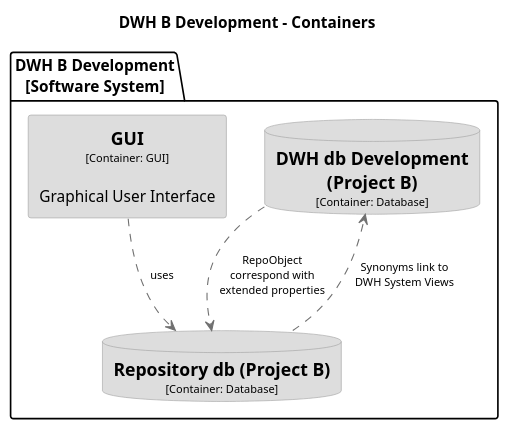
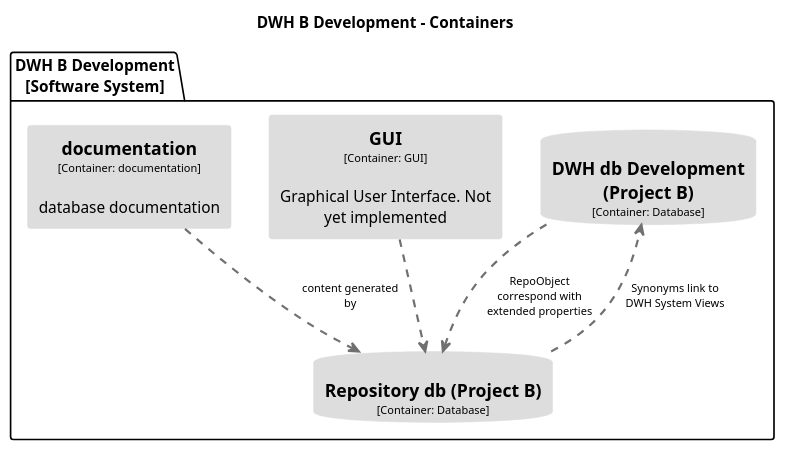
The diagram in docs/modules/arc/partials/c4_dsl/puml/structurizr-DWHBDevelopment-Container.puml (DataHandwerk/dhw-antora-docs), drawn with PlantUML before and after one commit. The commit also changed 2689 other files, not shown here.

```diff
--- a/docs/modules/arc/partials/c4_dsl/puml/structurizr-DWHBDevelopment-Container.puml
+++ b/docs/modules/arc/partials/c4_dsl/puml/structurizr-DWHBDevelopment-Container.puml
@@ -1,36 +1,43 @@
 @startuml(id=DWHBDevelopment-Container)
 title DWH B Development - Containers
 
 skinparam {
   shadowing false
   arrowFontSize 10
   defaultTextAlignment center
   wrapWidth 200
   maxMessageSize 100
 }
 hide stereotype
 top to bottom direction
 skinparam rectangle<<22>> {
   BackgroundColor #dddddd
   FontColor #000000
-  BorderColor #9A9A9A
+  BorderColor #dddddd
+}
+skinparam rectangle<<25>> {
+  BackgroundColor #dddddd
+  FontColor #000000
+  BorderColor #dddddd
 }
 skinparam database<<5>> {
   BackgroundColor #dddddd
   FontColor #000000
-  BorderColor #9A9A9A
+  BorderColor #dddddd
 }
 skinparam database<<18>> {
   BackgroundColor #dddddd
   FontColor #000000
-  BorderColor #9A9A9A
+  BorderColor #dddddd
 }
 package "DWH B Development\n[Software System]" {
   database "==DWH db Development (Project B)\n<size:10>[Container: Database]</size>" <<18>> as 18
-  rectangle "==GUI\n<size:10>[Container: GUI]</size>\n\nGraphical User Interface" <<22>> as 22
+  rectangle "==GUI\n<size:10>[Container: GUI]</size>\n\nGraphical User Interface. Not yet implemented" <<22>> as 22
   database "==Repository db (Project B)\n<size:10>[Container: Database]</size>" <<5>> as 5
+  rectangle "==documentation\n<size:10>[Container: documentation]</size>\n\ndatabase documentation" <<25>> as 25
 }
-18 .[#707070].> 5 : "RepoObject correspond with extended properties"
-22 .[#707070].> 5 : "uses"
-5 .[#707070].> 18 : "Synonyms link to DWH System Views"
+18 .[#707070,thickness=2].> 5 : "RepoObject correspond with extended properties"
+22 .[#707070,thickness=2].> 5 : ""
+5 .[#707070,thickness=2].> 18 : "Synonyms link to DWH System Views"
+25 .[#707070,thickness=2].> 5 : "content generated by"
 @enduml
```
